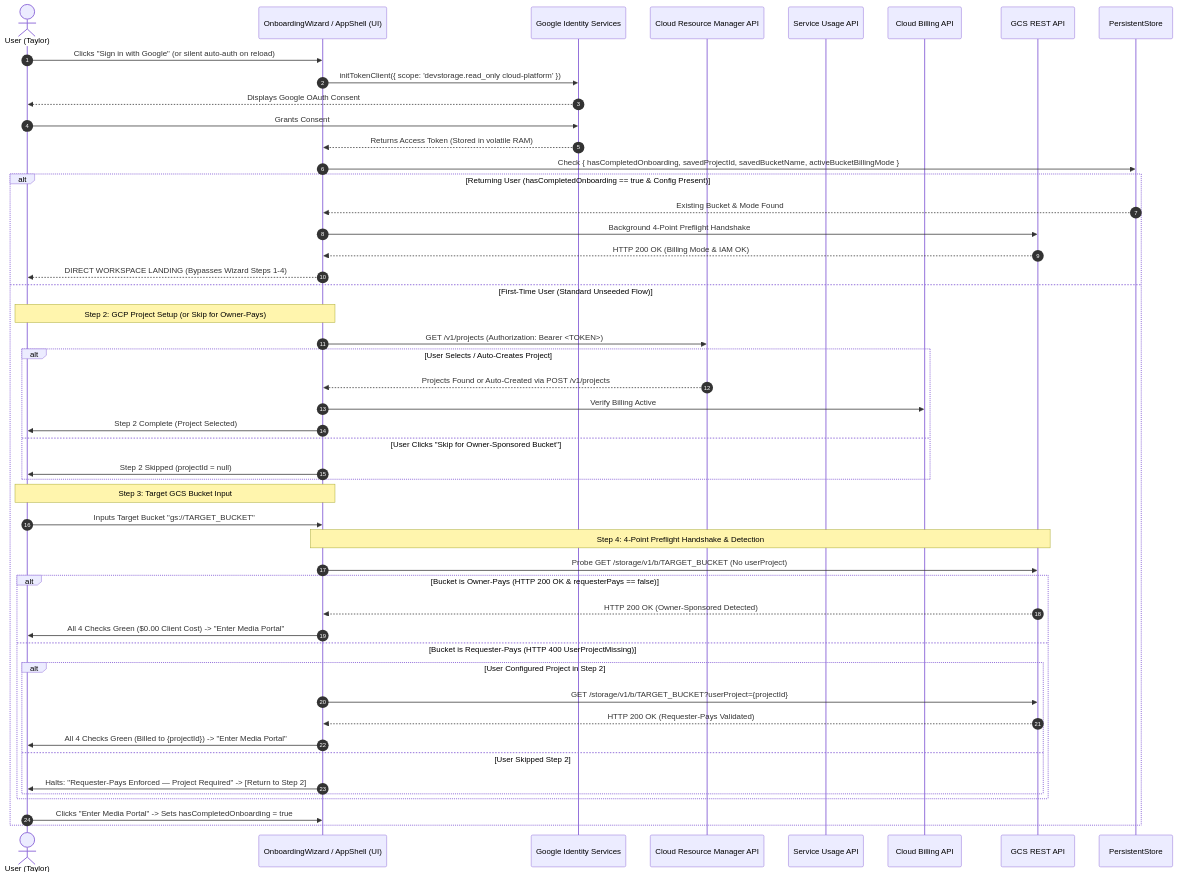
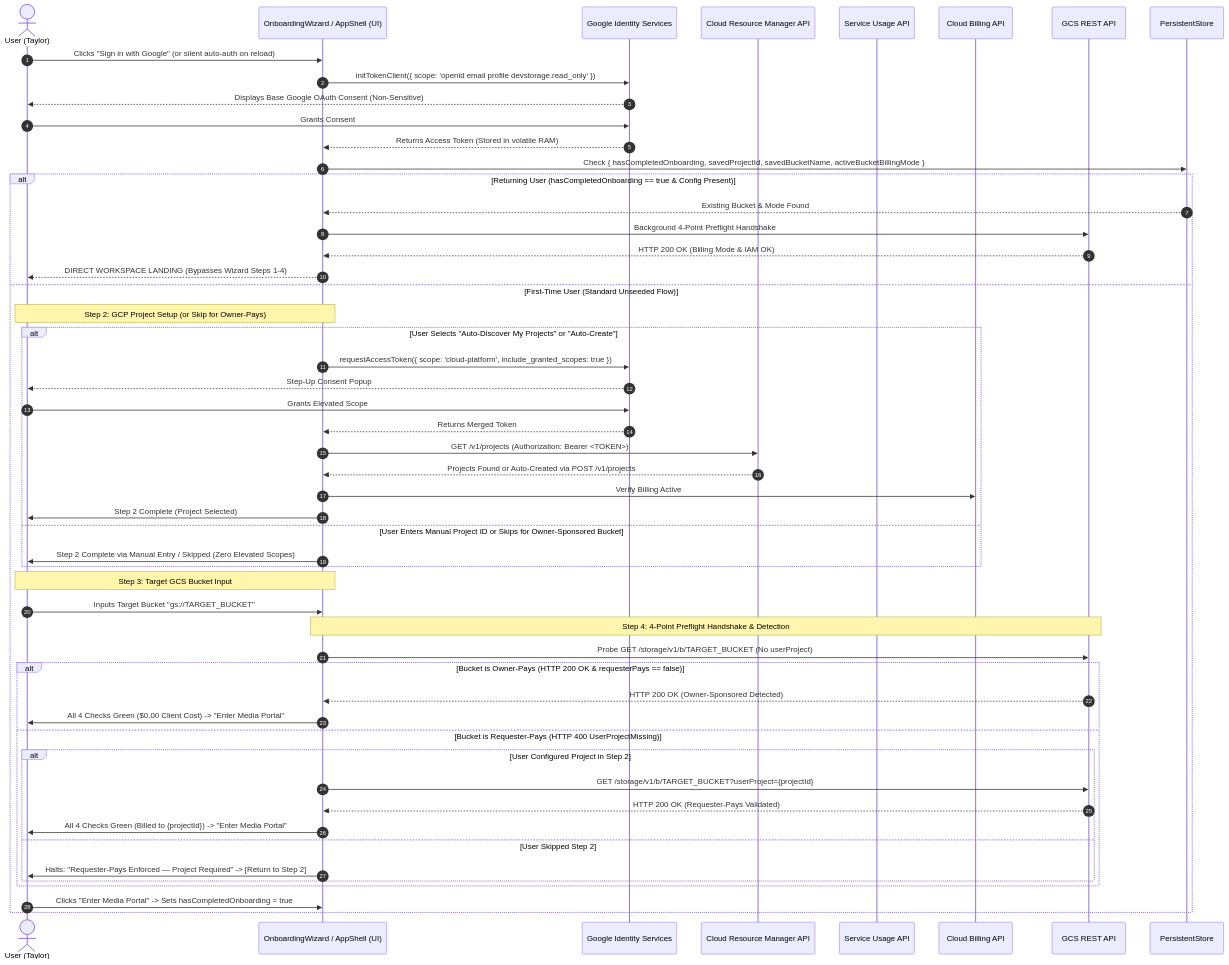
One commit to NovaLogicDev/FilesOfBaSingSe changed the second of 2 diagrams in docs/requirements/module_1_auth_onboarding_design_and_requirements.md. Above: the diagram before and after it, drawn with Mermaid. The commit also changed other lines of this file and 9 other files, not shown here.

Commit message:
docs: add Google Trust & Safety, minimal scopes, Epic 14, Module 14, and Privacy Policy specifications

````diff
--- a/docs/requirements/module_1_auth_onboarding_design_and_requirements.md
+++ b/docs/requirements/module_1_auth_onboarding_design_and_requirements.md
@@ -59,55 +59,59 @@
 ```mermaid
 sequenceDiagram
     autonumber
     actor Client as User (Taylor)
     participant UI as OnboardingWizard / AppShell (UI)
     participant GIS as Google Identity Services
     participant CRM as Cloud Resource Manager API
     participant SU as Service Usage API
     participant CB as Cloud Billing API
     participant GCS as GCS REST API
     participant PStore as PersistentStore
 
     Client->>UI: Clicks "Sign in with Google" (or silent auto-auth on reload)
-    UI->>GIS: initTokenClient({ scope: 'devstorage.read_only cloud-platform' })
-    GIS-->>Client: Displays Google OAuth Consent
+    UI->>GIS: initTokenClient({ scope: 'openid email profile devstorage.read_only' })
+    GIS-->>Client: Displays Base Google OAuth Consent (Non-Sensitive)
     Client->>GIS: Grants Consent
     GIS-->>UI: Returns Access Token (Stored in volatile RAM)
 
     UI->>PStore: Check { hasCompletedOnboarding, savedProjectId, savedBucketName, activeBucketBillingMode }
     alt Returning User (hasCompletedOnboarding == true & Config Present)
         PStore-->>UI: Existing Bucket & Mode Found
         UI->>GCS: Background 4-Point Preflight Handshake
         GCS-->>UI: HTTP 200 OK (Billing Mode & IAM OK)
         UI-->>Client: DIRECT WORKSPACE LANDING (Bypasses Wizard Steps 1-4)
     else First-Time User (Standard Unseeded Flow)
         Note over UI,Client: Step 2: GCP Project Setup (or Skip for Owner-Pays)
-        UI->>CRM: GET /v1/projects (Authorization: Bearer <TOKEN>)
-        alt User Selects / Auto-Creates Project
+        alt User Selects "Auto-Discover My Projects" or "Auto-Create"
+            UI->>GIS: requestAccessToken({ scope: 'cloud-platform', include_granted_scopes: true })
+            GIS-->>Client: Step-Up Consent Popup
+            Client->>GIS: Grants Elevated Scope
+            GIS-->>UI: Returns Merged Token
+            UI->>CRM: GET /v1/projects (Authorization: Bearer <TOKEN>)
             CRM-->>UI: Projects Found or Auto-Created via POST /v1/projects
             UI->>CB: Verify Billing Active
             UI->>Client: Step 2 Complete (Project Selected)
-        else User Clicks "Skip for Owner-Sponsored Bucket"
-            UI->>Client: Step 2 Skipped (projectId = null)
+        else User Enters Manual Project ID or Skips for Owner-Sponsored Bucket
+            UI->>Client: Step 2 Complete via Manual Entry / Skipped (Zero Elevated Scopes)
         end
 
         Note over UI,Client: Step 3: Target GCS Bucket Input
         Client->>UI: Inputs Target Bucket "gs://TARGET_BUCKET"
 
         Note over UI,GCS: Step 4: 4-Point Preflight Handshake & Detection
         UI->>GCS: Probe GET /storage/v1/b/TARGET_BUCKET (No userProject)
         alt Bucket is Owner-Pays (HTTP 200 OK & requesterPays == false)
             GCS-->>UI: HTTP 200 OK (Owner-Sponsored Detected)
             UI->>Client: All 4 Checks Green ($0.00 Client Cost) -> "Enter Media Portal"
         else Bucket is Requester-Pays (HTTP 400 UserProjectMissing)
             alt User Configured Project in Step 2
                 UI->>GCS: GET /storage/v1/b/TARGET_BUCKET?userProject={projectId}
                 GCS-->>UI: HTTP 200 OK (Requester-Pays Validated)
                 UI->>Client: All 4 Checks Green (Billed to {projectId}) -> "Enter Media Portal"
             else User Skipped Step 2
                 UI->>Client: Halts: "Requester-Pays Enforced — Project Required" -> [Return to Step 2]
             end
         end
         Client->>UI: Clicks "Enter Media Portal" -> Sets hasCompletedOnboarding = true
     end
 ```
````
